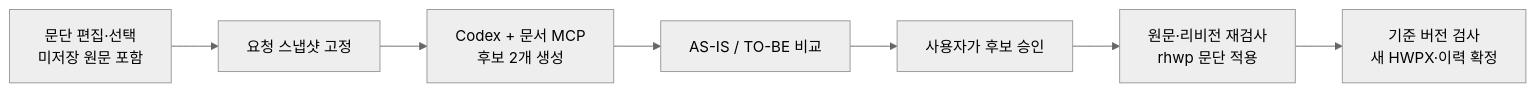
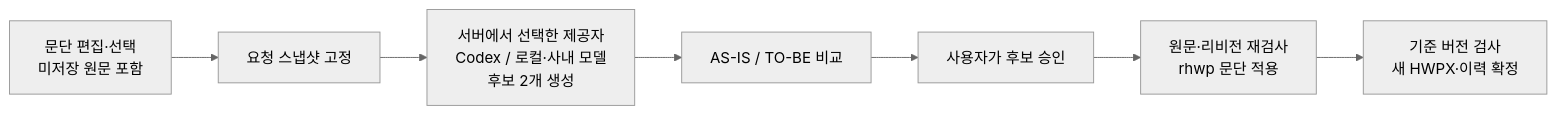
The diagram in README.md (m4r4m01m/hwp-assistant), drawn with Mermaid (neutral theme) before and after one commit. The commit also changed other lines of this file and 192 other files, not shown here.

````diff
--- a/README.md
+++ b/README.md
@@ -39,9 +42,9 @@
 ```mermaid
 flowchart LR
     A["문단 편집·선택<br/>미저장 원문 포함"] --> B["요청 스냅샷 고정"]
-    B --> C["Codex + 문서 MCP<br/>후보 2개 생성"]
+    B --> C["서버에서 선택한 제공자<br/>Codex / 로컬·사내 모델<br/>후보 2개 생성"]
     C --> D["AS-IS / TO-BE 비교"]
     D --> E["사용자가 후보 승인"]
     E --> F["원문·리비전 재검사<br/>rhwp 문단 적용"]
     F --> G["기준 버전 검사<br/>새 HWPX·이력 확정"]
 ```
````
